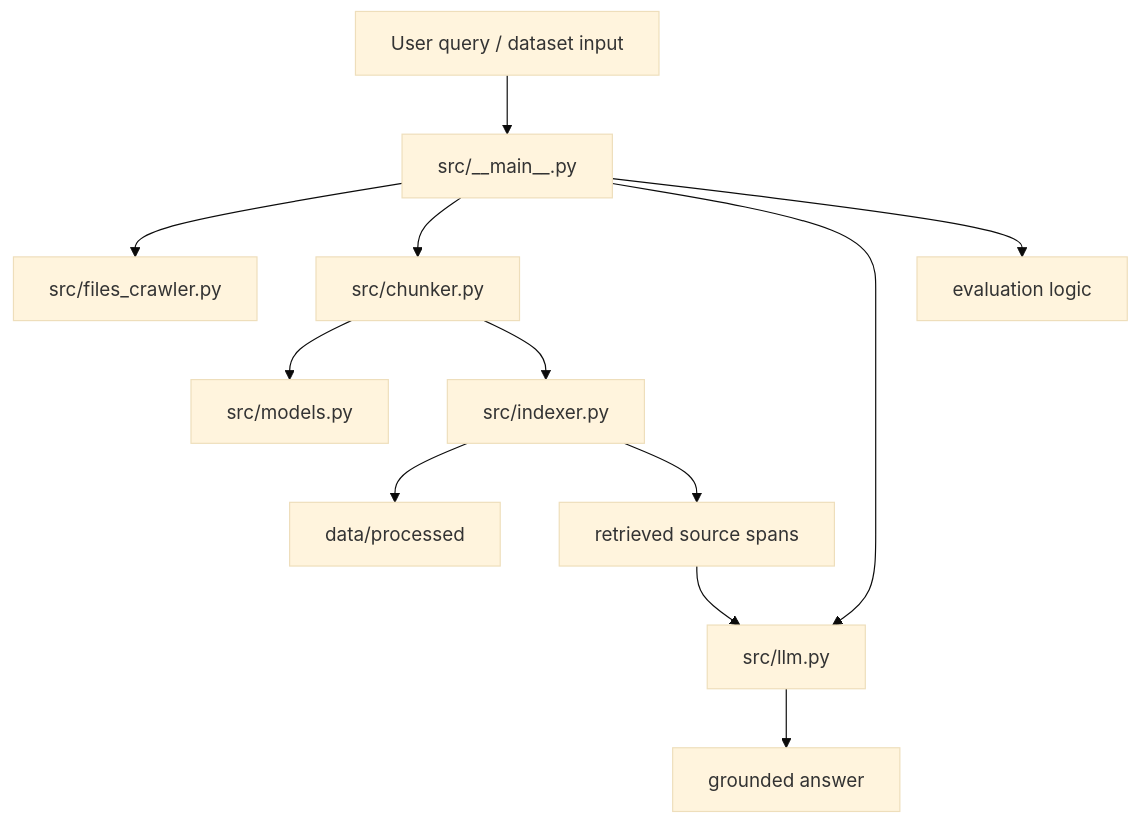
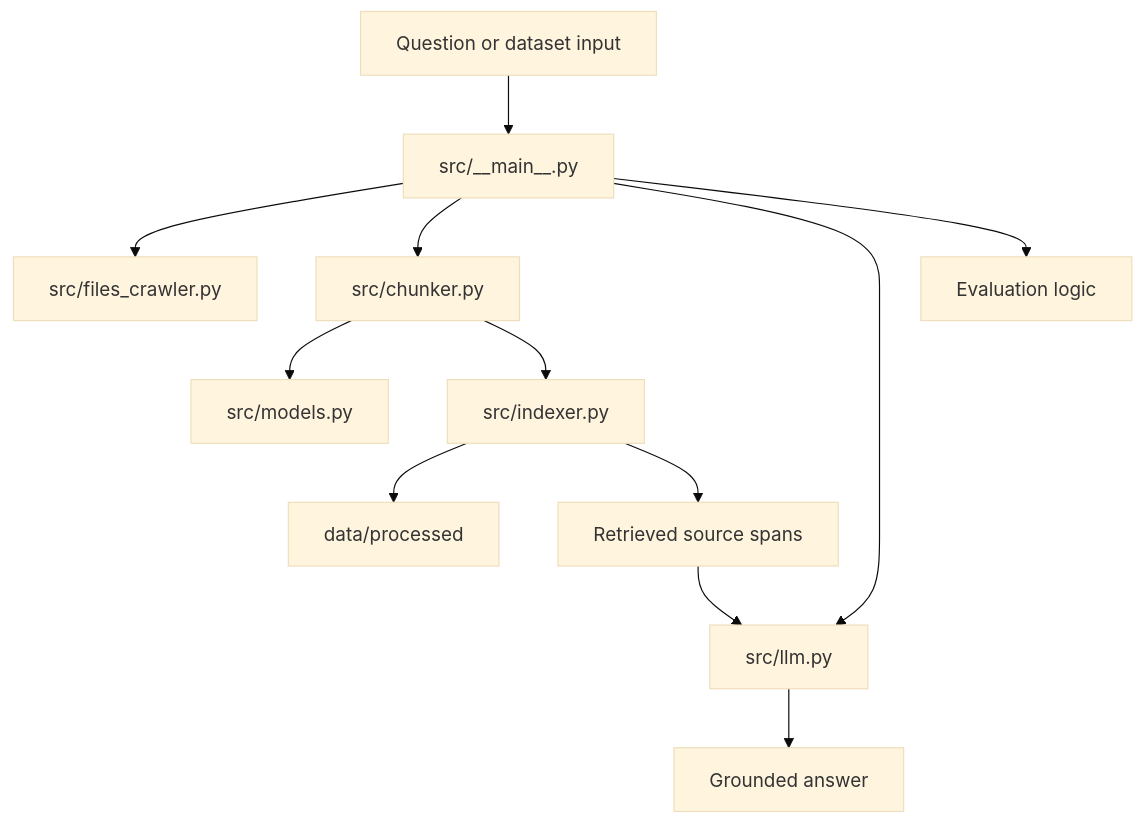
One commit to kikookraft/RAGatm changed the diagram in README.md. Above: the diagram before and after it, drawn with Mermaid (base theme). The commit also changed other lines of this file, not shown here.

````diff
--- a/README.md
+++ b/README.md
@@ -211,14 +81,14 @@
 ```mermaid
 graph TD
-    A[User query / dataset input] --> B[src/__main__.py]
+    A[Question or dataset input] --> B[src/__main__.py]
     B --> C[src/files_crawler.py]
     B --> D[src/chunker.py]
     D --> E[src/models.py]
     D --> F[src/indexer.py]
     F --> G[data/processed]
     B --> H[src/llm.py]
-    F --> I[retrieved source spans]
+    F --> I[Retrieved source spans]
     I --> H
-    H --> J[grounded answer]
-    B --> K[evaluation logic]
+    H --> J[Grounded answer]
+    B --> K[Evaluation logic]
 ```
````
